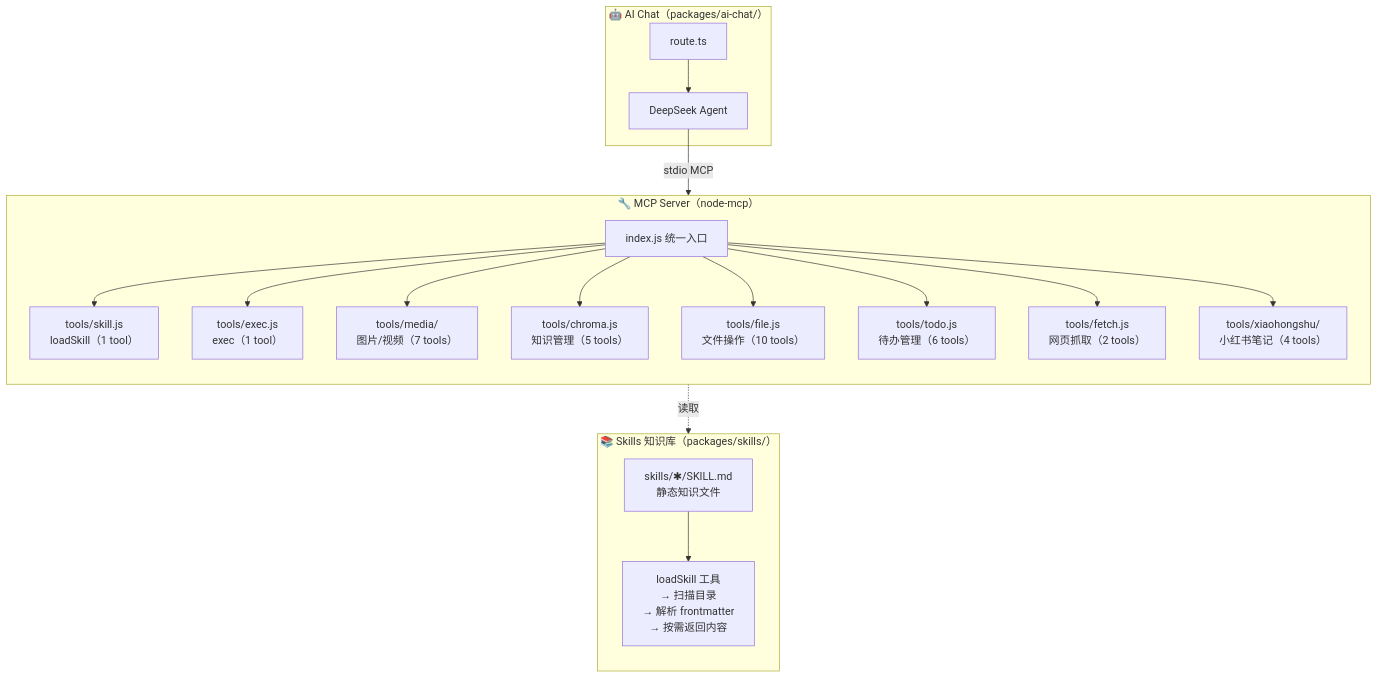
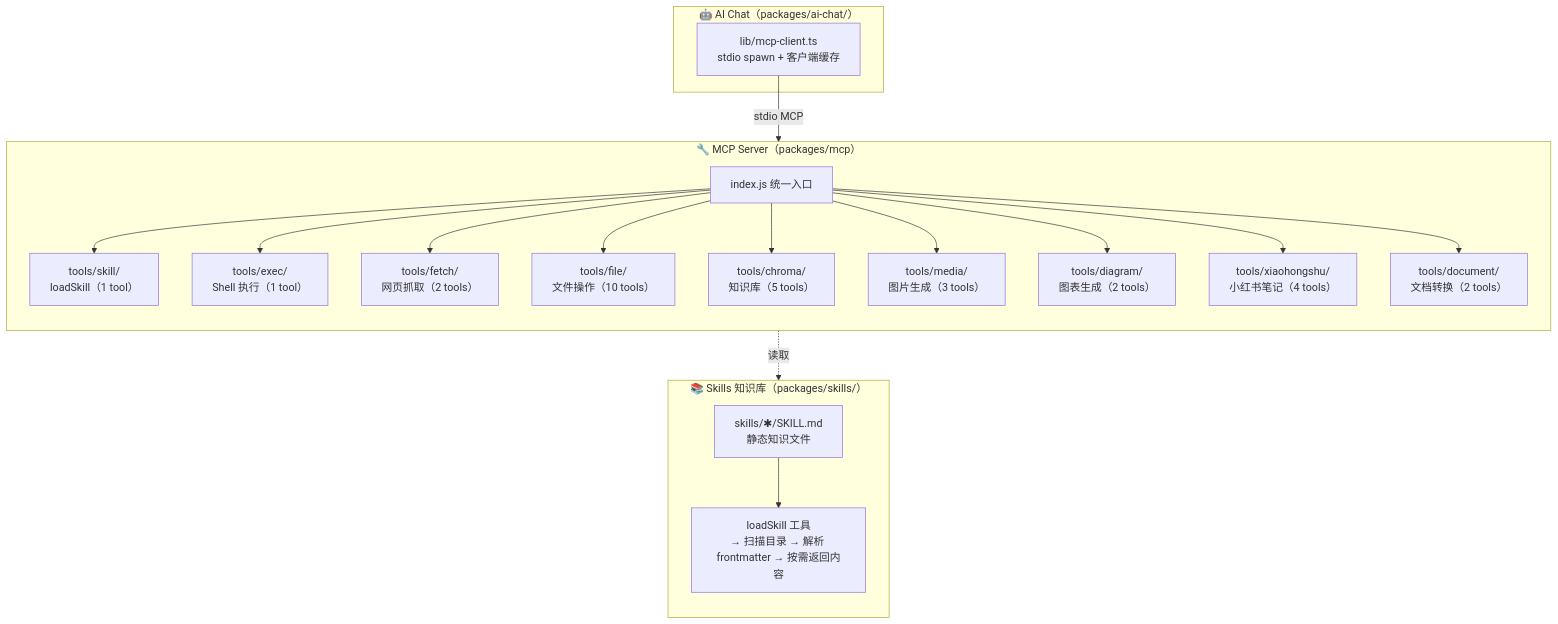
The diagram in packages/mcp/README.md (xiaoshengkai/xiaoshengkai-ai), drawn with Mermaid before and after one commit. The commit also changed other lines of this file and 5 other files, not shown here.

Commit message:
docs: md 命名统一 design.md→DESIGN.md + README/mcp/skills 文档同步现状（30 tools、7 模块、工作流引擎）

````diff
--- a/packages/mcp/README.md
+++ b/packages/mcp/README.md
@@ -7,39 +7,31 @@
 ```mermaid
 flowchart TB
-  subgraph MCP["🔧 MCP Server（node-mcp）"]
+  subgraph MCP["🔧 MCP Server（packages/mcp）"]
     direction TB
     ENTRY["index.js 统一入口"]
-    SKILL["tools/skill.js<br/>loadSkill（1 tool）"]
-    EXEC["tools/exec.js<br/>exec（1 tool）"]
-    MEDIA["tools/media/<br/>图片/视频（7 tools）"]
-    CHROMA["tools/chroma.js<br/>知识管理（5 tools）"]
-    FILE["tools/file.js<br/>文件操作（10 tools）"]
-    TODO["tools/todo.js<br/>待办管理（6 tools）"]
-    FETCH["tools/fetch.js<br/>网页抓取（2 tools）"]
+    SKILL["tools/skill/<br/>loadSkill（1 tool）"]
+    EXEC["tools/exec/<br/>Shell 执行（1 tool）"]
+    FETCH["tools/fetch/<br/>网页抓取（2 tools）"]
+    FILE["tools/file/<br/>文件操作（10 tools）"]
+    CHROMA["tools/chroma/<br/>知识库（5 tools）"]
+    MEDIA["tools/media/<br/>图片生成（3 tools）"]
+    DIAGRAM["tools/diagram/<br/>图表生成（2 tools）"]
     XHS["tools/xiaohongshu/<br/>小红书笔记（4 tools）"]
-    ENTRY --> SKILL
-    ENTRY --> EXEC
-    ENTRY --> MEDIA
-    ENTRY --> CHROMA
-    ENTRY --> FILE
-    ENTRY --> TODO
-    ENTRY --> FETCH
-    ENTRY --> XHS
+    DOC["tools/document/<br/>文档转换（2 tools）"]
+    ENTRY --> SKILL & EXEC & FETCH & FILE & CHROMA & MEDIA & DIAGRAM & XHS & DOC
   end
 
   subgraph SKILLS["📚 Skills 知识库（packages/skills/）"]
     direction TB
     SK1["skills/✱/SKILL.md<br/>静态知识文件"]
-    SK2["loadSkill 工具<br/>→ 扫描目录<br/>→ 解析 frontmatter<br/>→ 按需返回内容"]
+    SK2["loadSkill 工具<br/>→ 扫描目录 → 解析 frontmatter → 按需返回内容"]
     SK1 --> SK2
   end
 
   subgraph AI["🤖 AI Chat（packages/ai-chat/）"]
-    AI1["route.ts"]
-    AI2["DeepSeek Agent"]
-    AI1 --> AI2
-    AI2 -->|"stdio MCP"| ENTRY
+    AI1["lib/mcp-client.ts<br/>stdio spawn + 客户端缓存"]
   end
 
+  AI1 -->|"stdio MCP"| ENTRY
   SKILL -.->|"读取"| SK1
 ```
````
